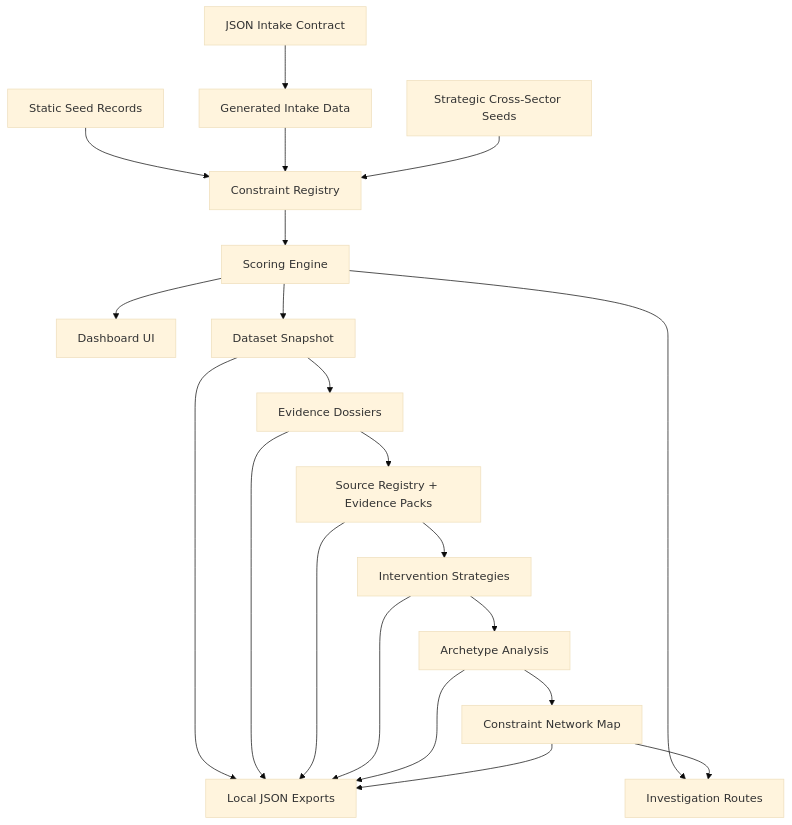
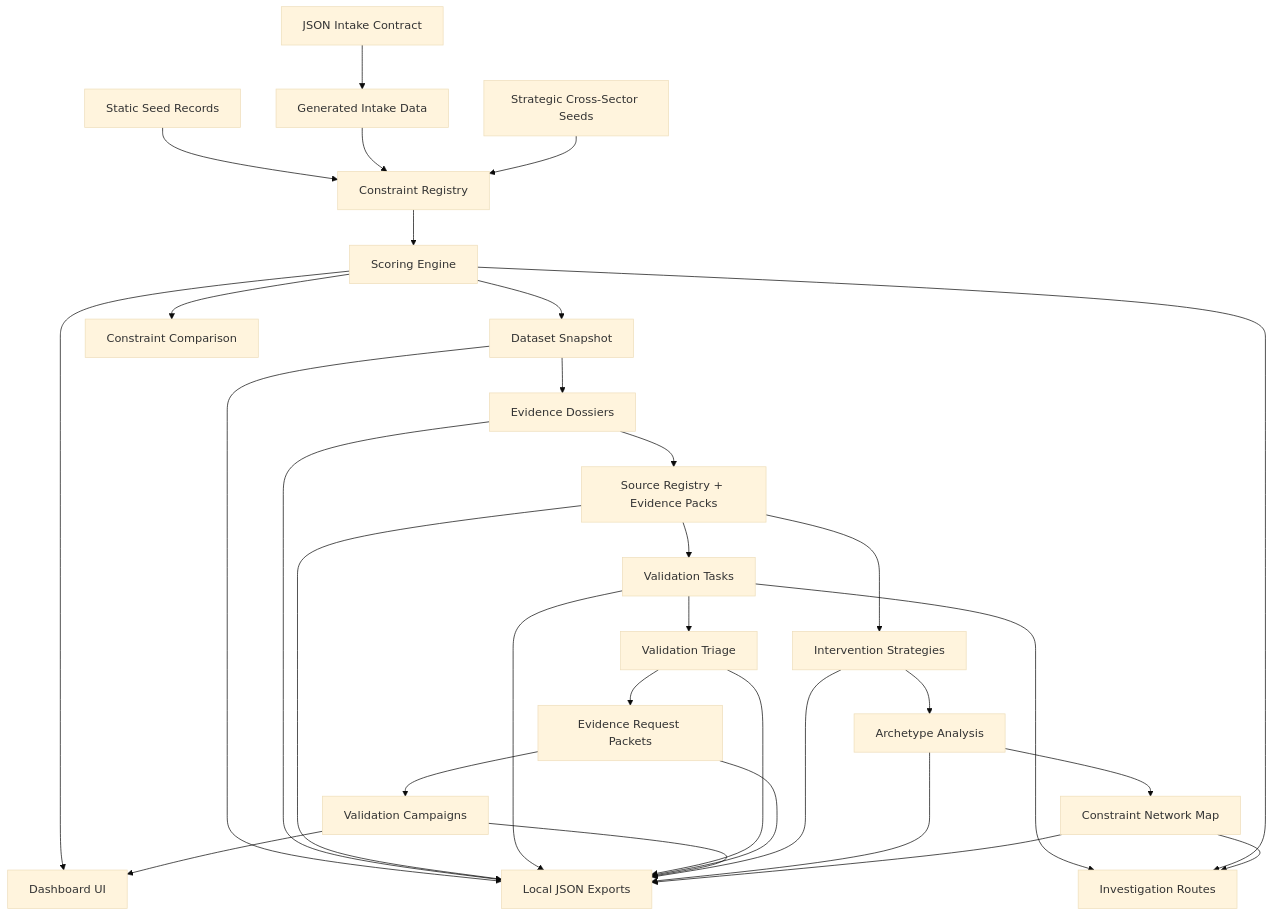
One commit to EtherTabu/economic-x-ray-vision changed the diagram in docs/ARCHITECTURE.md. Above: the diagram before and after it, drawn with Mermaid (base theme). The commit also changed other lines of this file and 10 other files, not shown here.

````diff
--- a/docs/ARCHITECTURE.md
+++ b/docs/ARCHITECTURE.md
@@ -9,23 +9,34 @@
 ```mermaid
 flowchart TD
   A["Static Seed Records"] --> C["Constraint Registry"]
   B["JSON Intake Contract"] --> D["Generated Intake Data"]
   D --> C
   E["Strategic Cross-Sector Seeds"] --> C
   C --> F["Scoring Engine"]
   F --> G["Dashboard UI"]
   F --> H["Dataset Snapshot"]
   H --> I["Evidence Dossiers"]
   I --> O["Source Registry + Evidence Packs"]
+  O --> P["Validation Tasks"]
+  P --> Q["Validation Triage"]
+  Q --> R["Evidence Request Packets"]
+  R --> S["Validation Campaigns"]
   O --> J["Intervention Strategies"]
   J --> K["Archetype Analysis"]
   K --> M["Constraint Network Map"]
+  F --> T["Constraint Comparison"]
   H --> L["Local JSON Exports"]
   I --> L
   O --> L
+  P --> L
+  Q --> L
+  R --> L
+  S --> L
   J --> L
   K --> L
   M --> L
+  P --> N
+  S --> G
   F --> N["Investigation Routes"]
   M --> N
 ```
````
